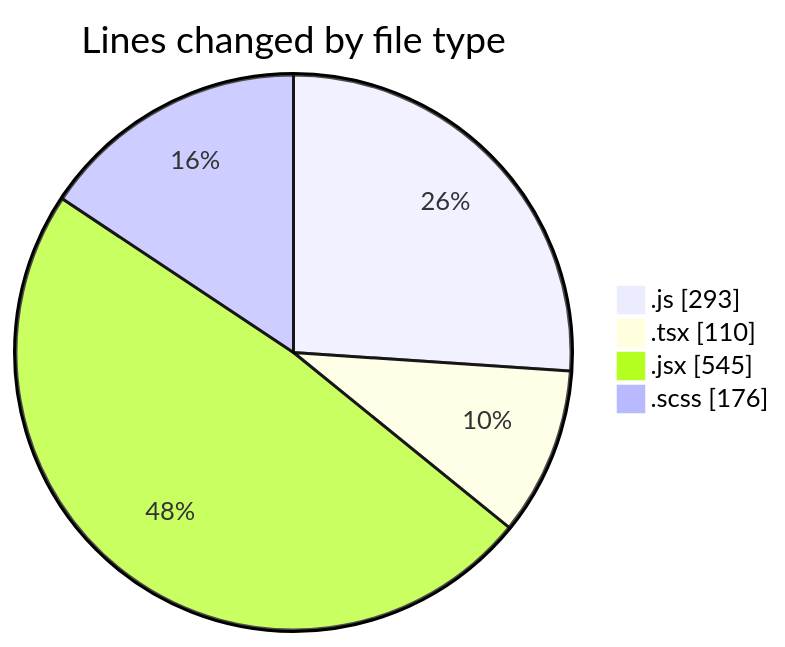
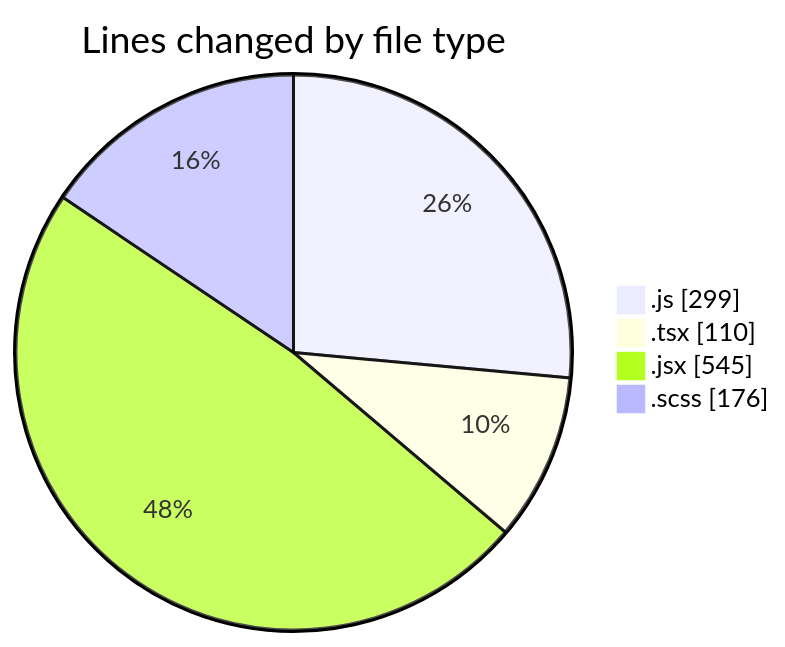
The first of 2 diagrams in 2026-03-12/cda/README.md (momahboobian/code-tracking), drawn with Mermaid before and after one commit. The commit also changed other lines of this file and 1 other file, not shown here.

````diff
--- a/2026-03-12/cda/README.md
+++ b/2026-03-12/cda/README.md
@@ -32,8 +32,8 @@
 ```mermaid
 pie showData
 title Lines changed by file type
-".js" : 293
+".js" : 299
 ".tsx" : 110
 ".jsx" : 545
 ".scss" : 176
 ```
````
